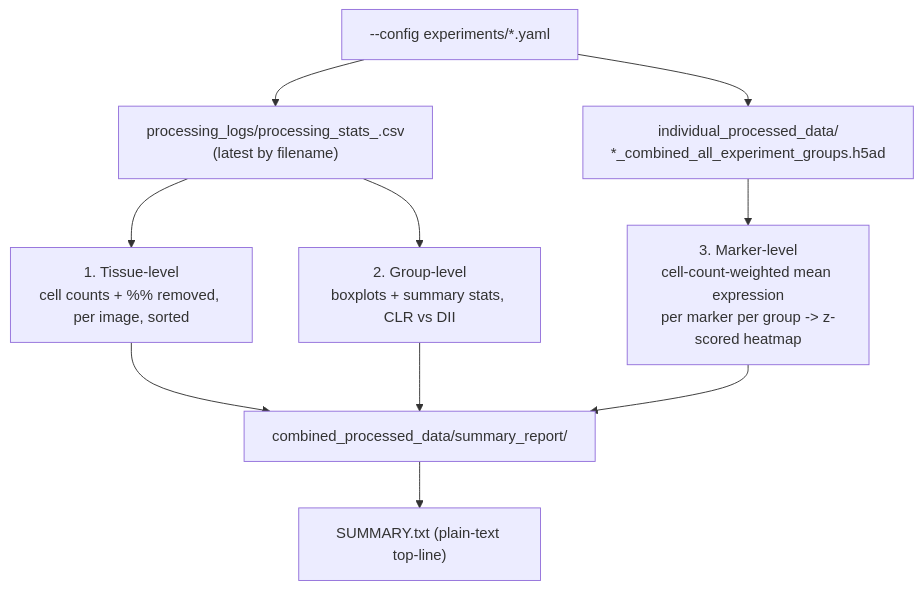
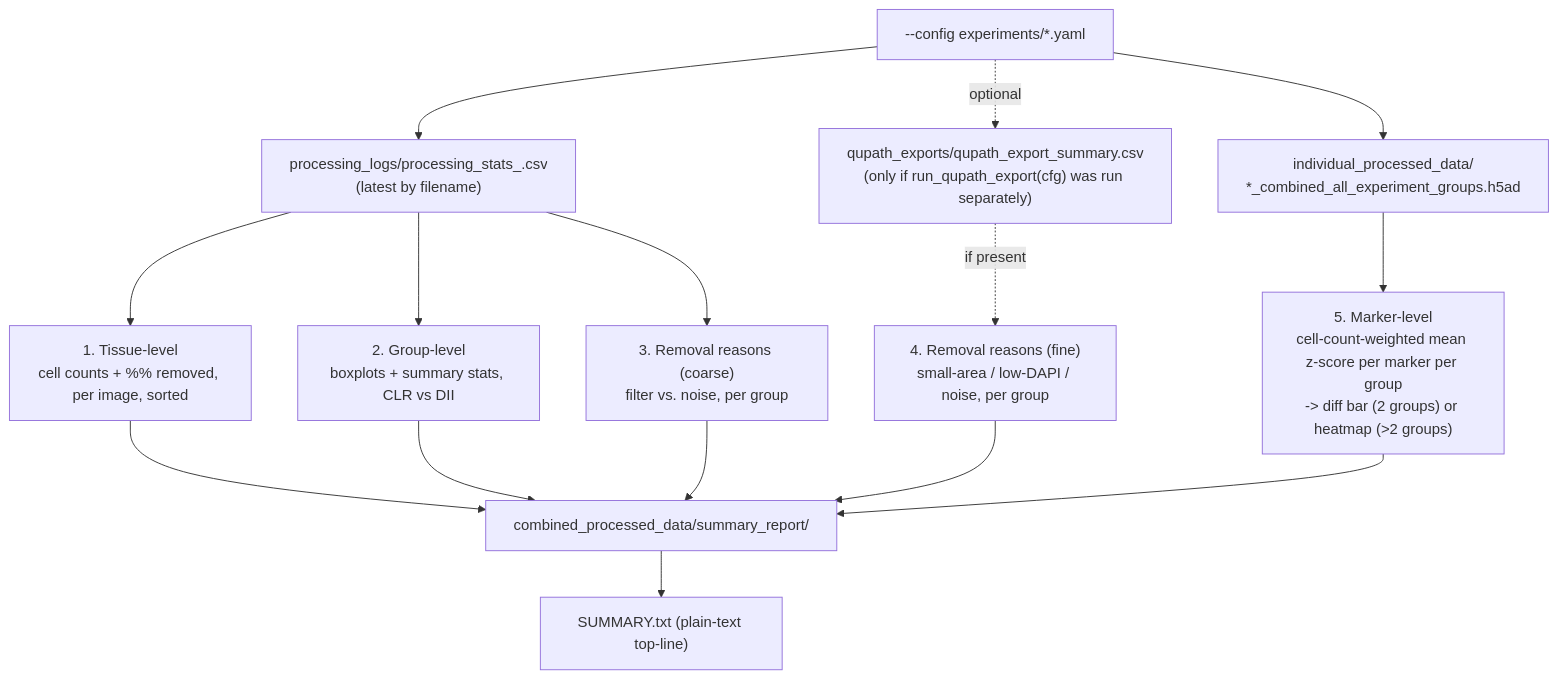
The diagram in docs/generate_preprocessing_summary.md (Afroozjahedi/spatia-pipeline-for-cirro), drawn with Mermaid before and after one commit. The commit also changed other lines of this file and 1 other file, not shown here.

````diff
--- a/docs/generate_preprocessing_summary.md
+++ b/docs/generate_preprocessing_summary.md
@@ -13,12 +29,17 @@
 ```mermaid
 flowchart TD
     CFG["--config experiments/*.yaml"] --> STATS["processing_logs/processing_stats_<ts>.csv\n(latest by filename)"]
     CFG --> H5AD["individual_processed_data/\n*_combined_all_experiment_groups.h5ad"]
+    CFG -.optional.-> QEXP["qupath_exports/qupath_export_summary.csv\n(only if run_qupath_export(cfg) was run separately)"]
     STATS --> T["1. Tissue-level\ncell counts + %% removed, per image, sorted"]
     STATS --> G["2. Group-level\nboxplots + summary stats, CLR vs DII"]
-    H5AD --> M["3. Marker-level\ncell-count-weighted mean expression\nper marker per group -> z-scored heatmap"]
+    STATS --> R["3. Removal reasons (coarse)\nfilter vs. noise, per group"]
+    QEXP -.if present.-> RF["4. Removal reasons (fine)\nsmall-area / low-DAPI / noise, per group"]
+    H5AD --> M["5. Marker-level\ncell-count-weighted mean z-score per marker per group\n-> diff bar (2 groups) or heatmap (>2 groups)"]
     T --> OUT["combined_processed_data/summary_report/"]
     G --> OUT
+    R --> OUT
+    RF --> OUT
     M --> OUT
     OUT --> TXT["SUMMARY.txt (plain-text top-line)"]
 ```
````
